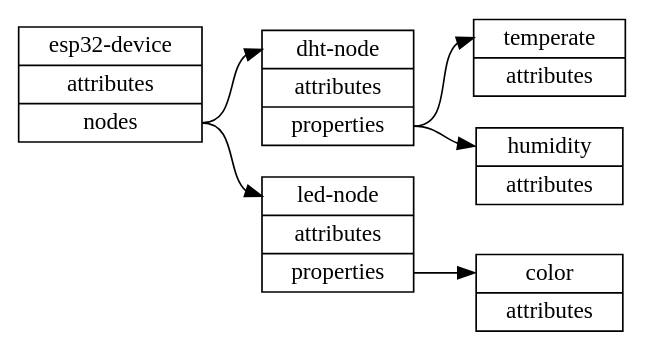
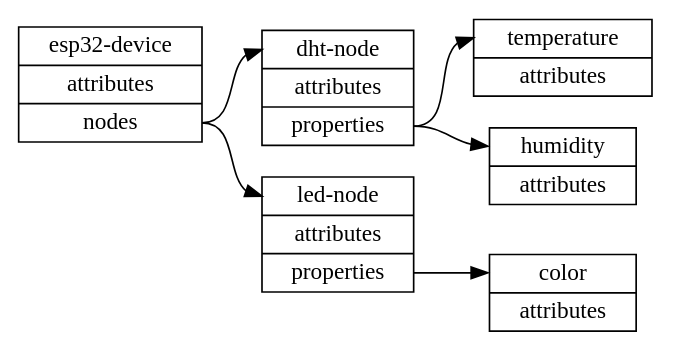
One commit to 2bndy5/CircuitPython_Homie changed the second of 2 diagrams in docs/API/topology.rst. Above: the diagram before and after it, drawn with Graphviz. The commit also changed other lines of this file and 20 other files, not shown here.

```diff
--- a/docs/API/topology.rst
+++ b/docs/API/topology.rst
@@ -57,35 +57,35 @@
 .. graphviz::
     :align: center
 
     digraph g {
         rankdir="LR"
         HomieDevice [
             label="<f0> esp32-device | <f1> attributes | <f2> nodes"
             shape="record"
         ]
         DHT [
             label="<f0> dht-node | <f1> attributes | <f2> properties"
             shape="record"
         ]
         LED [
             label="<f0> led-node | <f1> attributes | <f2> properties"
             shape="record"
         ]
         Temp [
-            label = "<f0> temperate | <f1> attributes"
+            label = "<f0> temperature | <f1> attributes"
             shape = "record"
         ]
         Humid [
             label = "<f0> humidity | <f1> attributes"
             shape = "record"
         ]
         Color [
             label = "<f0> color | <f1> attributes"
             shape = "record"
         ]
         HomieDevice:f2 -> DHT:f0
         HomieDevice:f2 -> LED:f0
         DHT:f2 -> Temp:f0
         DHT:f2 -> Humid:f0
         LED:f2 -> Color:f0
     }
```
